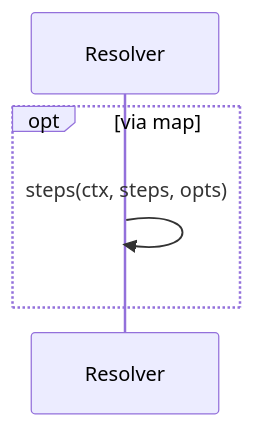
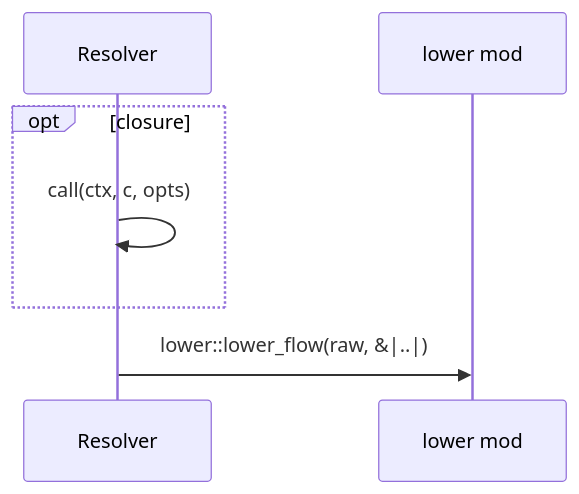
One commit to DreamLab-AI/codemaid changed diagram 12 of 16 in docs/sealmap/crates/sealmap-rust/src/resolve.rs.md. Above: the diagram before and after it, drawn with Mermaid. The commit also changed other lines of this file and 37 other files, not shown here.

First line of the commit message:
frontend: extract sealmap-frontend from sealmap-rust

````diff
--- a/docs/sealmap/crates/sealmap-rust/src/resolve.rs.md
+++ b/docs/sealmap/crates/sealmap-rust/src/resolve.rs.md
@@ -462,7 +410,9 @@
 ```mermaid
 sequenceDiagram
   participant sealmap_rust__resolve__Resolver as Resolver
-  opt via map
-    sealmap_rust__resolve__Resolver->>sealmap_rust__resolve__Resolver: steps(ctx, steps, opts)
+  participant sealmap_frontend__lower as lower mod
+  opt closure
+    sealmap_rust__resolve__Resolver->>sealmap_rust__resolve__Resolver: call(ctx, c, opts)
   end
+  sealmap_rust__resolve__Resolver->>sealmap_frontend__lower: lower::lower_flow(raw, &|..|)
 ```
````
